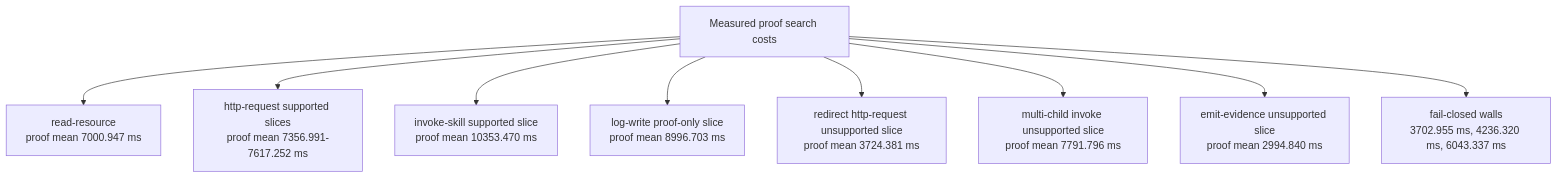
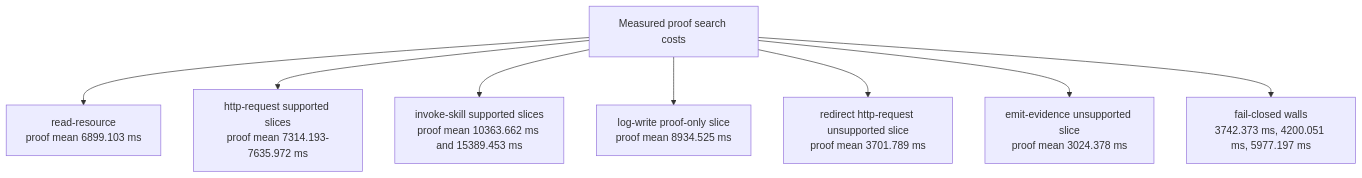
One commit to jkordish/Guild changed the fifth of 5 diagrams in docs/patent/m9-figures.md. Above: the diagram before and after it, drawn with Mermaid. The commit also changed other lines of this file and 25 other files, not shown here.

Commit message:
broaden invoke-skill multi-child live proof

````diff
--- a/docs/patent/m9-figures.md
+++ b/docs/patent/m9-figures.md
@@ -90,12 +90,11 @@
 ```mermaid
 flowchart TD
     B[Measured proof search costs]
-    B --> RR[read-resource<br/>proof mean 7000.947 ms]
-    B --> H1[http-request supported slices<br/>proof mean 7356.991-7617.252 ms]
-    B --> INV[invoke-skill supported slice<br/>proof mean 10353.470 ms]
-    B --> LOG[log-write proof-only slice<br/>proof mean 8996.703 ms]
-    B --> U1[redirect http-request unsupported slice<br/>proof mean 3724.381 ms]
-    B --> U2[multi-child invoke unsupported slice<br/>proof mean 7791.796 ms]
-    B --> U3[emit-evidence unsupported slice<br/>proof mean 2994.840 ms]
-    B --> W1[fail-closed walls<br/>3702.955 ms, 4236.320 ms, 6043.337 ms]
+    B --> RR[read-resource<br/>proof mean 6899.103 ms]
+    B --> H1[http-request supported slices<br/>proof mean 7314.193-7635.972 ms]
+    B --> INV[invoke-skill supported slices<br/>proof mean 10363.662 ms and 15389.453 ms]
+    B --> LOG[log-write proof-only slice<br/>proof mean 8934.525 ms]
+    B --> U1[redirect http-request unsupported slice<br/>proof mean 3701.789 ms]
+    B --> U3[emit-evidence unsupported slice<br/>proof mean 3024.378 ms]
+    B --> W1[fail-closed walls<br/>3742.373 ms, 4200.051 ms, 5977.197 ms]
 ```
````
